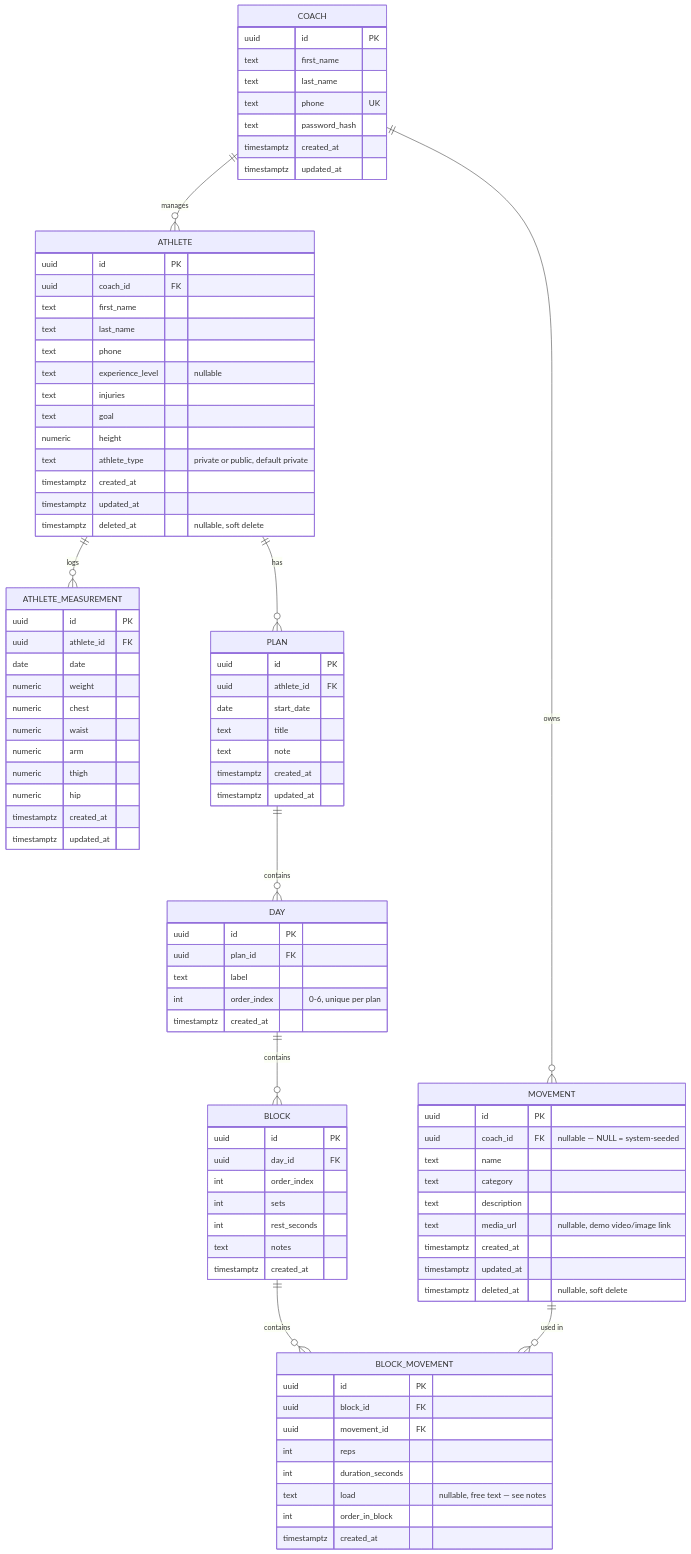
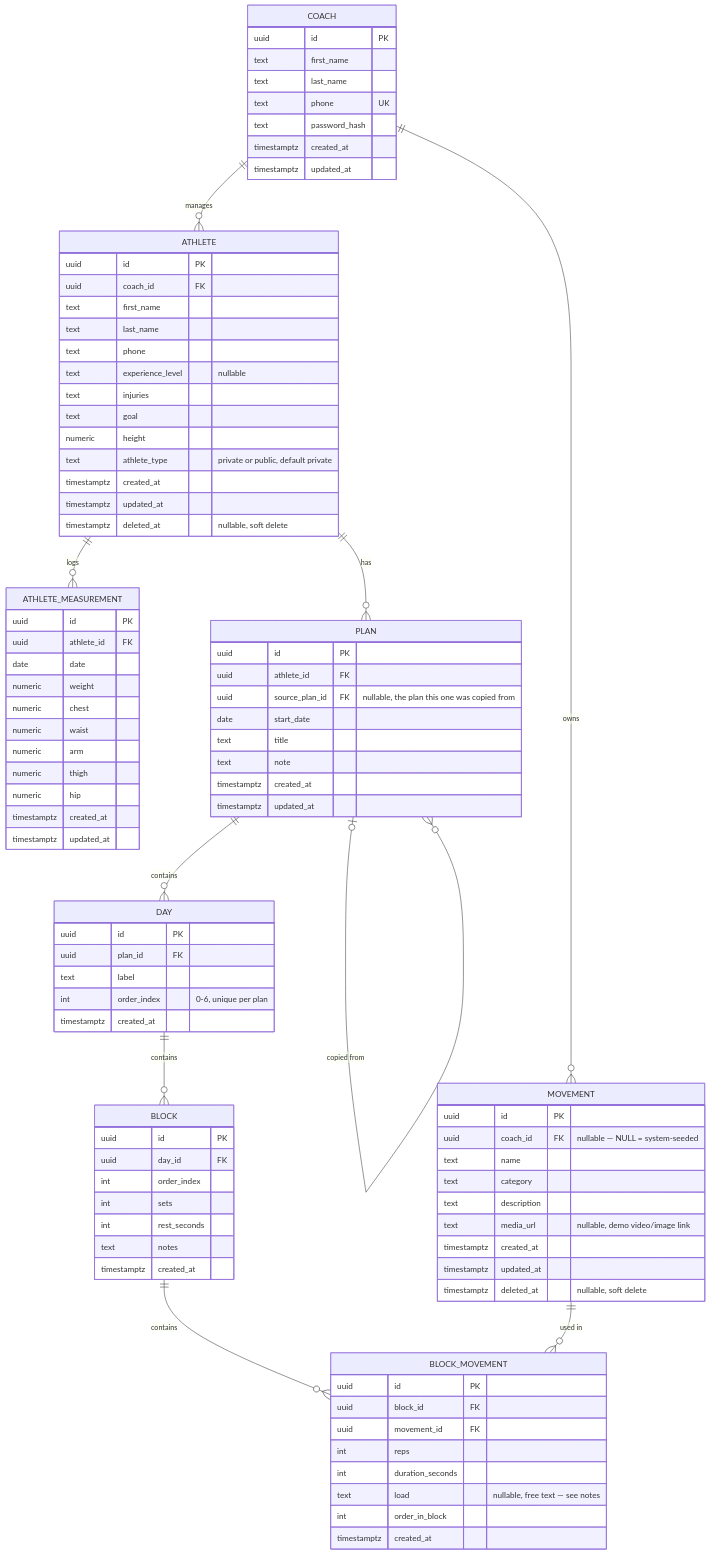
Before and after one commit to AbolfazlTayyar/GoGym: the diagram in docs/er-diagram.md, drawn with Mermaid. The commit also changed other lines of this file and 11 other files, not shown here.

```diff
--- a/docs/er-diagram.md
+++ b/docs/er-diagram.md
@@ -14,6 +14,7 @@
     ATHLETE ||--o{ ATHLETE_MEASUREMENT : logs
     ATHLETE ||--o{ PLAN : has
     PLAN ||--o{ DAY : contains
+    PLAN |o--o{ PLAN : "copied from"
     DAY ||--o{ BLOCK : contains
     BLOCK ||--o{ BLOCK_MOVEMENT : contains
     MOVEMENT ||--o{ BLOCK_MOVEMENT : "used in"
@@ -61,6 +62,7 @@
     PLAN {
         uuid id PK
         uuid athlete_id FK
+        uuid source_plan_id FK "nullable, the plan this one was copied from"
         date start_date
         text title
         text note
```
